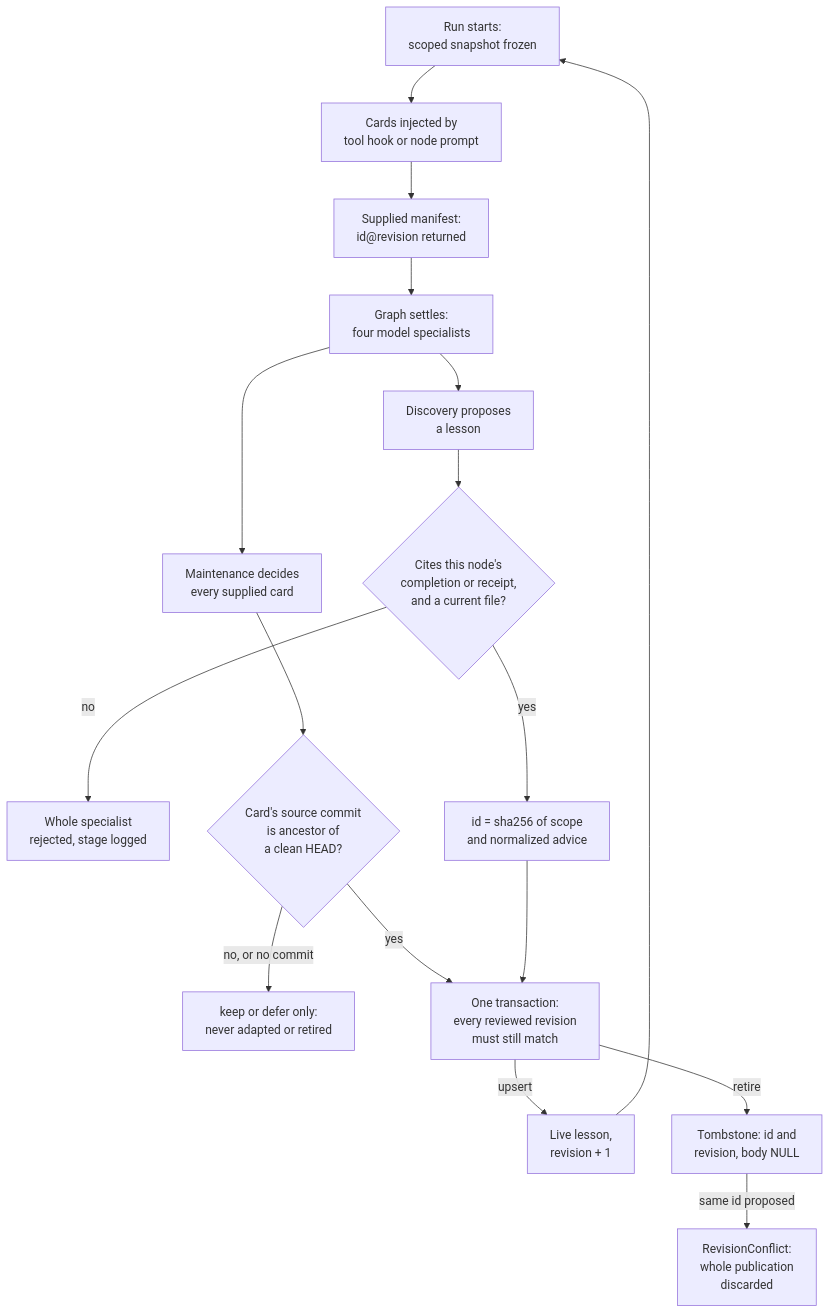
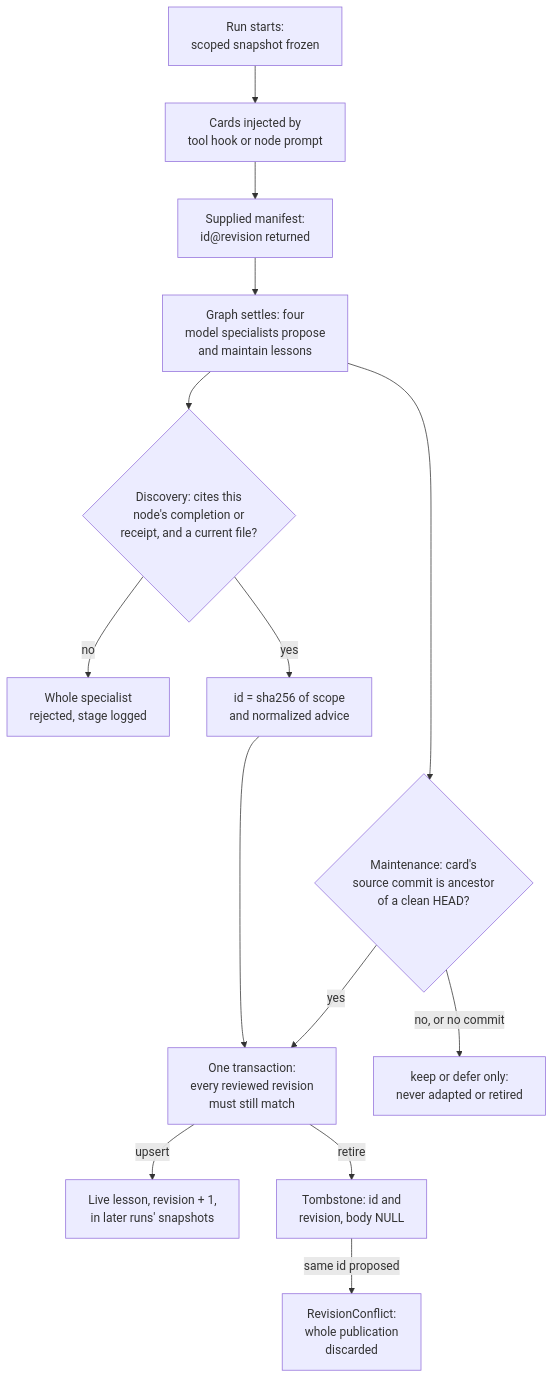
Before and after one commit to neoneye/agent-memory-atlas: the diagram in content/systems/zeroshot.md, drawn with Mermaid. The commit also changed 36 other files, not shown here.

Commit message:
Willder at 48794d1: shared agent memory behind one audited check that refuses a write made from a stale read; five marks, human_review withheld; Zeroshot's diagram redrawn narrower

````diff
--- a/content/systems/zeroshot.md
+++ b/content/systems/zeroshot.md
@@ -96,20 +96,18 @@
 ```mermaid
 %% caption: the life of a Zeroshot lesson, from a postmortem proposal the host checks against its own run records, through the compare-and-swap publication, to the two places correction stops
 flowchart TD
   RUN["Run starts:<br/>scoped snapshot frozen"] --> INJ["Cards injected by<br/>tool hook or node prompt"]
   INJ --> MAN["Supplied manifest:<br/>id@revision returned"]
-  MAN --> PM["Graph settles:<br/>four model specialists"]
-  PM --> DISC["Discovery proposes<br/>a lesson"]
-  PM --> MAINT["Maintenance decides<br/>every supplied card"]
-  DISC --> GATE{"Cites this node's<br/>completion or receipt,<br/>and a current file?"}
+  MAN --> PM["Graph settles: four<br/>model specialists propose<br/>and maintain lessons"]
+  PM --> GATE{"Discovery: cites this<br/>node's completion or<br/>receipt, and a current file?"}
   GATE -- "no" --> REJ["Whole specialist<br/>rejected, stage logged"]
   GATE -- "yes" --> ID["id = sha256 of scope<br/>and normalized advice"]
-  MAINT --> SRC{"Card's source commit<br/>is ancestor of<br/>a clean HEAD?"}
+  ID ~~~ SRC{"Maintenance: card's<br/>source commit is ancestor<br/>of a clean HEAD?"}
+  PM --> SRC
+  ID --> PUB
   SRC -- "no, or no commit" --> STUCK["keep or defer only:<br/>never adapted or retired"]
-  SRC -- "yes" --> PUB
-  ID --> PUB["One transaction:<br/>every reviewed revision<br/>must still match"]
-  PUB -- "upsert" --> LIVE["Live lesson,<br/>revision + 1"]
+  SRC -- "yes" --> PUB["One transaction:<br/>every reviewed revision<br/>must still match"]
+  PUB -- "upsert" --> LIVE["Live lesson, revision + 1,<br/>in later runs' snapshots"]
   PUB -- "retire" --> TOMB["Tombstone: id and<br/>revision, body NULL"]
   TOMB -- "same id proposed" --> FAIL["RevisionConflict:<br/>whole publication<br/>discarded"]
-  LIVE --> RUN
 ```
````
